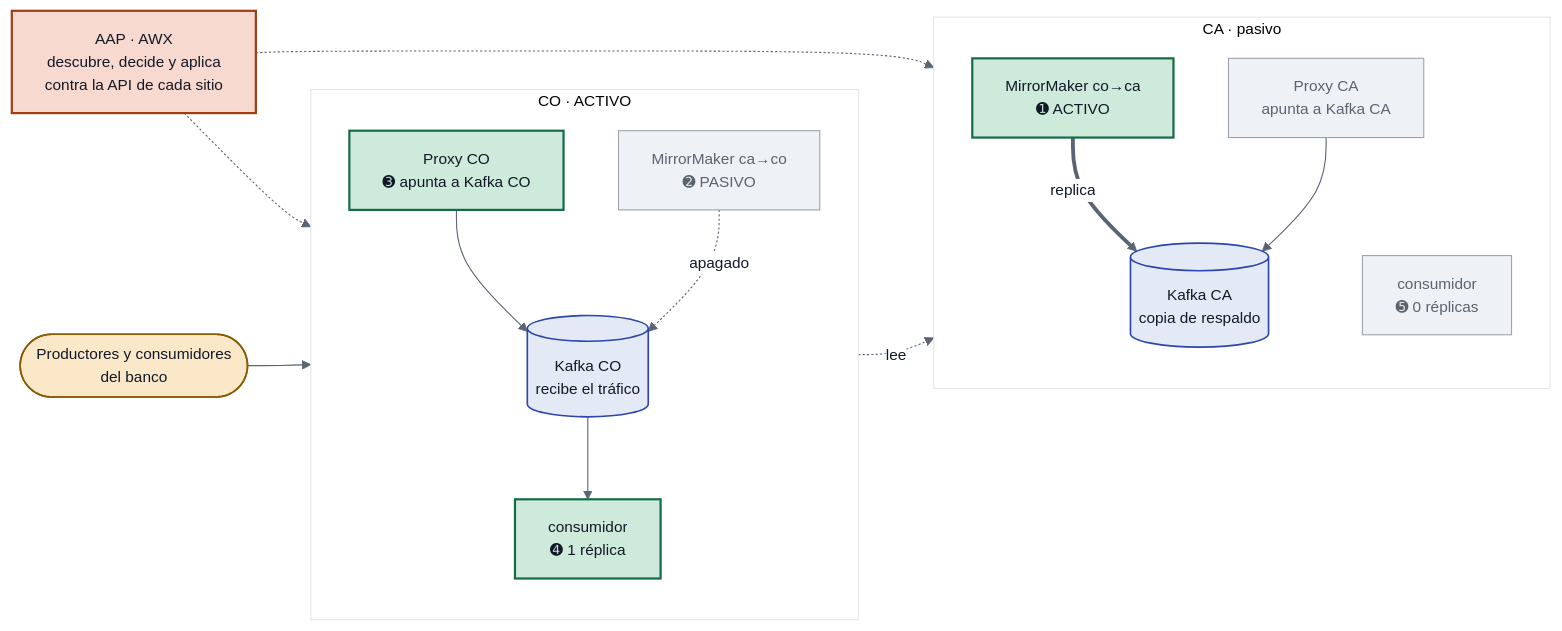
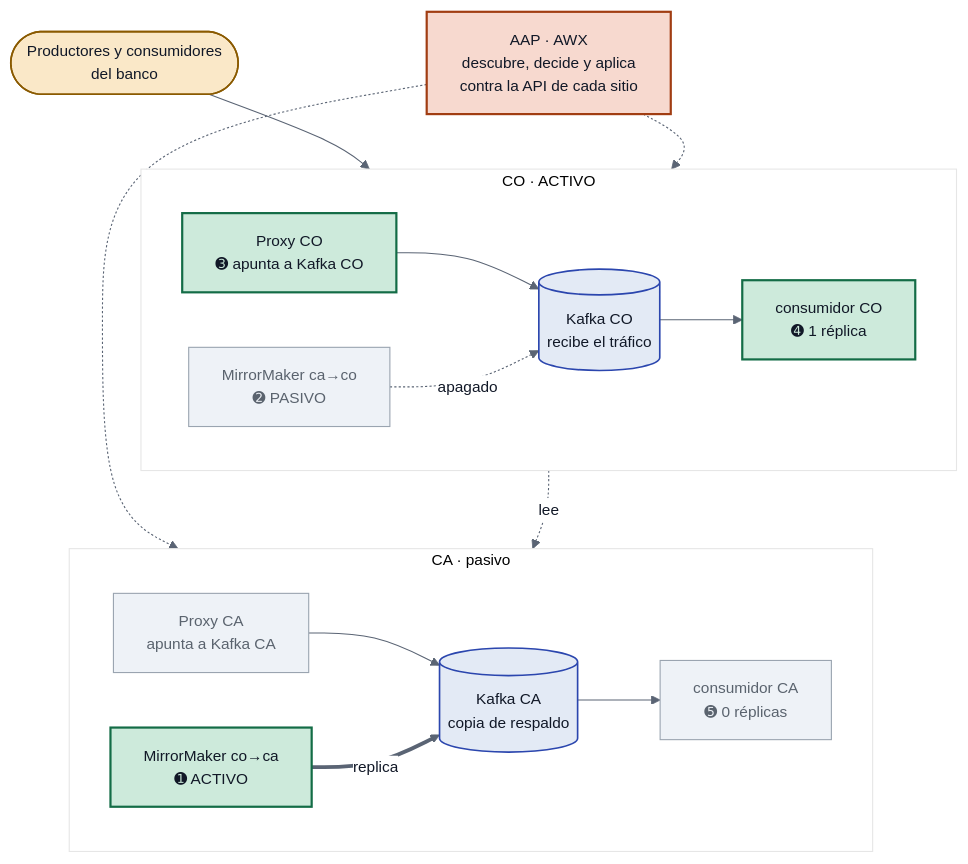
One commit to Crittan01/aap-kafka-automation changed the first of 3 diagrams in README.md. Above: the diagram before and after it, drawn with Mermaid. The commit also changed other lines of this file, not shown here.

First line of the commit message:
README: misma estructura en los dos diagramas de topologia

````diff
--- a/README.md
+++ b/README.md
@@ -18,44 +18,46 @@
 ```mermaid
 %%{init: {'theme':'base','themeVariables':{'primaryColor':'#eef2f7','primaryTextColor':'#111827','primaryBorderColor':'#5a6474','lineColor':'#5a6474','secondaryColor':'#e3eaf5','tertiaryColor':'#ffffff','background':'#ffffff','mainBkg':'#eef2f7','textColor':'#111827','edgeLabelBackground':'#ffffff','labelBackground':'#ffffff','labelBoxBkgColor':'#ffffff','labelTextColor':'#111827','fontSize':'14px'}}}%%
-flowchart LR
-    AAP["AAP · AWX<br/>descubre, decide y aplica<br/>contra la API de cada sitio"]
+flowchart TB
     CLI([Productores y consumidores<br/>del banco])
 
     subgraph CO["CO · ACTIVO"]
-        direction TB
+        direction LR
         PCO["Proxy CO<br/>➌ apunta a Kafka CO"]
         KCO[("Kafka CO<br/>recibe el tráfico")]
-        ACO["consumidor<br/>➍ 1 réplica"]
+        ACO["consumidor CO<br/>➍ 1 réplica"]
         MMA["MirrorMaker ca→co<br/>➋ PASIVO"]
+        PCO --> KCO
+        KCO --> ACO
+        MMA -. "apagado" .-> KCO
     end
 
     subgraph CA["CA · pasivo"]
-        direction TB
+        direction LR
         PCA["Proxy CA<br/>apunta a Kafka CA"]
         KCA[("Kafka CA<br/>copia de respaldo")]
-        ACA["consumidor<br/>➎ 0 réplicas"]
+        ACA["consumidor CA<br/>➎ 0 réplicas"]
         MMB["MirrorMaker co→ca<br/>➊ ACTIVO"]
+        PCA --> KCA
+        KCA --> ACA
+        MMB == "replica" ==> KCA
     end
 
+    AAP["AAP · AWX<br/>descubre, decide y aplica<br/>contra la API de cada sitio"]
+
+    CLI --> PCO
+    KCO -. "lee" .-> MMB
     AAP -.-> CO
     AAP -.-> CA
-    CLI --> PCO
-    PCO --> KCO
-    KCO --> ACO
-    KCO -. "lee" .-> MMB
-    MMB == "replica" ==> KCA
-    PCA --> KCA
-    MMA -. "apagado" .-> KCO
 
     classDef activo   fill:#cdeadb,stroke:#136c46,color:#111827,stroke-width:2px
     classDef pasivo   fill:#eef2f7,stroke:#9aa4b0,color:#5a636e,stroke-width:1px
     classDef kafka    fill:#e3eaf5,stroke:#2b46ae,color:#111827,stroke-width:1.5px
     classDef externo  fill:#fae8c8,stroke:#8a5a00,color:#111827,stroke-width:1.5px
     classDef orquesta fill:#f7d9cf,stroke:#a13d12,color:#111827,stroke-width:2px
 
-    class PCO,ACO,MMB activo
+    class PCO,KCO,ACO,MMB activo
     class PCA,ACA,MMA pasivo
     class KCO,KCA kafka
     class CLI externo
     class AAP orquesta
 ```
````
